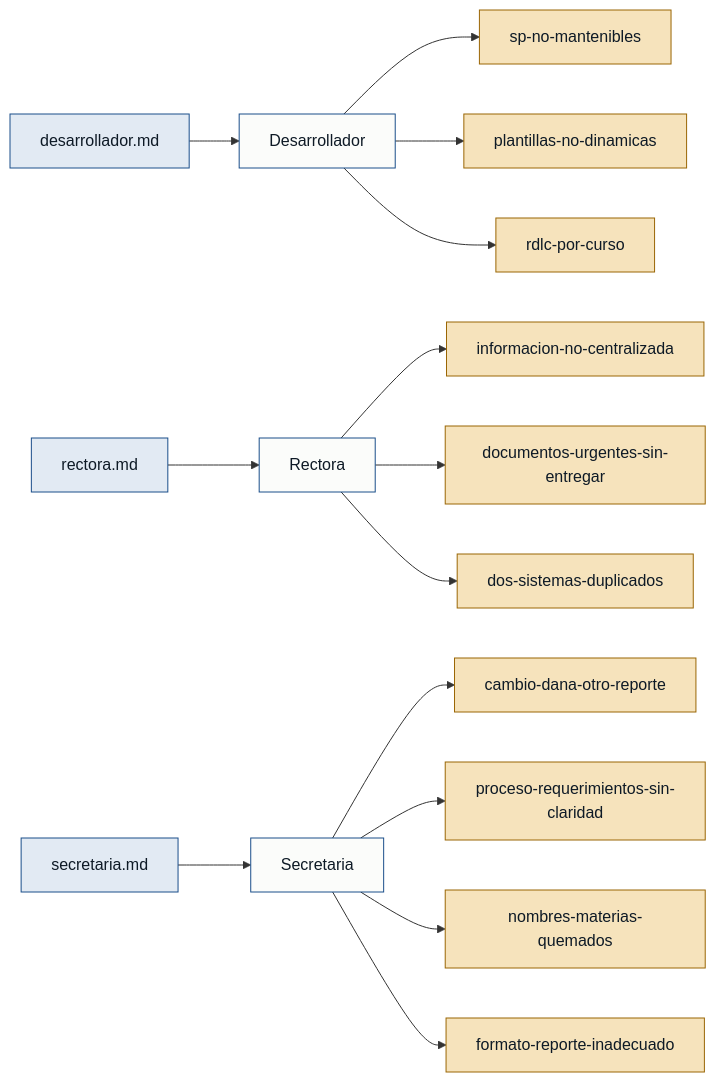
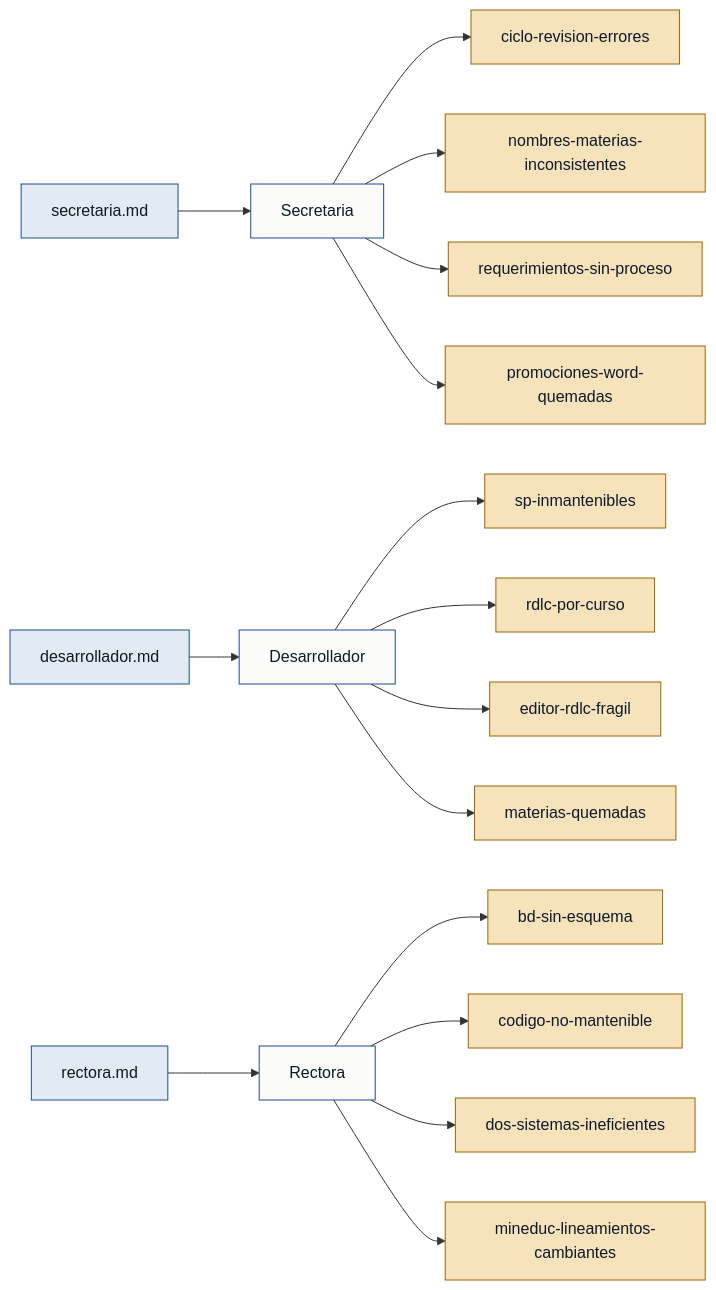
The diagram in discoveries/cienciayfe/outputs/personas.md (juanpabloanton/discovery-agent-taller), drawn with Mermaid before and after one commit. The commit also changed other lines of this file and 16 other files, not shown here.

````diff
--- a/discoveries/cienciayfe/outputs/personas.md
+++ b/discoveries/cienciayfe/outputs/personas.md
@@ -7,23 +3,24 @@
 ```mermaid
 flowchart LR
-  classDef src  fill:#E2EAF3,stroke:#1A4E8A,color:#0E1A26;
-  classDef per  fill:#FBFCFA,stroke:#1A4E8A,color:#0E1A26;
+  classDef src fill:#E2EAF3,stroke:#1A4E8A,color:#0E1A26;
+  classDef per fill:#FBFCFA,stroke:#1A4E8A,color:#0E1A26;
   classDef pain fill:#F6E3BC,stroke:#9A6605,color:#0E1A26;
 
-  DEV[desarrollador.md]:::src --> P1[Desarrollador]:::per
-  REC[rectora.md]:::src     --> P2[Rectora]:::per
-  SEC[secretaria.md]:::src  --> P3[Secretaria]:::per
+  SEC[secretaria.md]:::src --> P1[Secretaria]:::per
+  P1 --> D1[ciclo-revision-errores]:::pain
+  P1 --> D2[nombres-materias-inconsistentes]:::pain
+  P1 --> D3[requerimientos-sin-proceso]:::pain
+  P1 --> D4[promociones-word-quemadas]:::pain
 
-  P1 --> A1[sp-no-mantenibles]:::pain
-  P1 --> A2[plantillas-no-dinamicas]:::pain
-  P1 --> A3[rdlc-por-curso]:::pain
+  DEV[desarrollador.md]:::src --> P2[Desarrollador]:::per
+  P2 --> D5[sp-inmantenibles]:::pain
+  P2 --> D6[rdlc-por-curso]:::pain
+  P2 --> D7[editor-rdlc-fragil]:::pain
+  P2 --> D8[materias-quemadas]:::pain
 
-  P2 --> B1[informacion-no-centralizada]:::pain
-  P2 --> B2[documentos-urgentes-sin-entregar]:::pain
-  P2 --> B3[dos-sistemas-duplicados]:::pain
-
-  P3 --> C1[cambio-dana-otro-reporte]:::pain
-  P3 --> C2[proceso-requerimientos-sin-claridad]:::pain
-  P3 --> C3[nombres-materias-quemados]:::pain
-  P3 --> C4[formato-reporte-inadecuado]:::pain
+  REC[rectora.md]:::src --> P3[Rectora]:::per
+  P3 --> D9[bd-sin-esquema]:::pain
+  P3 --> D10[codigo-no-mantenible]:::pain
+  P3 --> D11[dos-sistemas-ineficientes]:::pain
+  P3 --> D12[mineduc-lineamientos-cambiantes]:::pain
 ```
````
